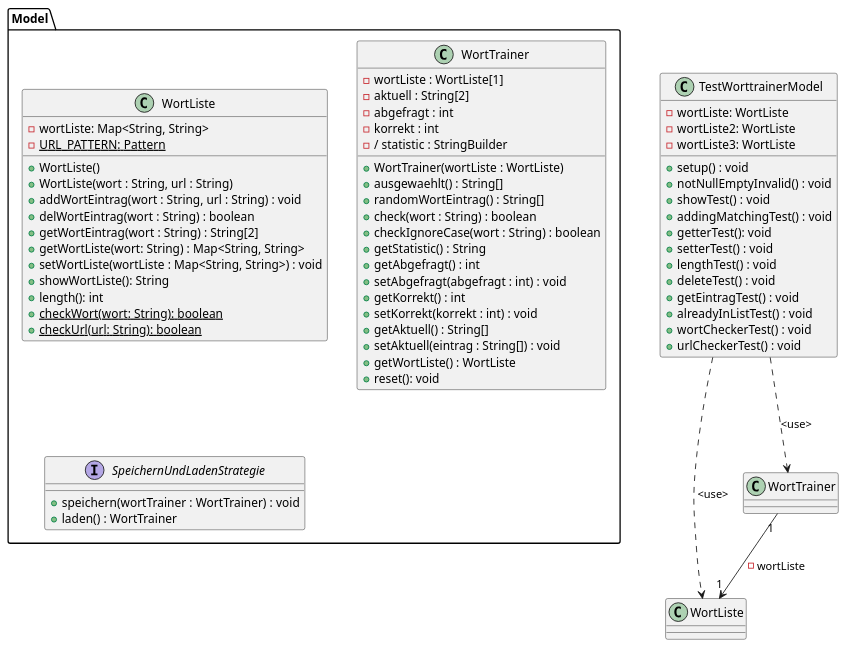
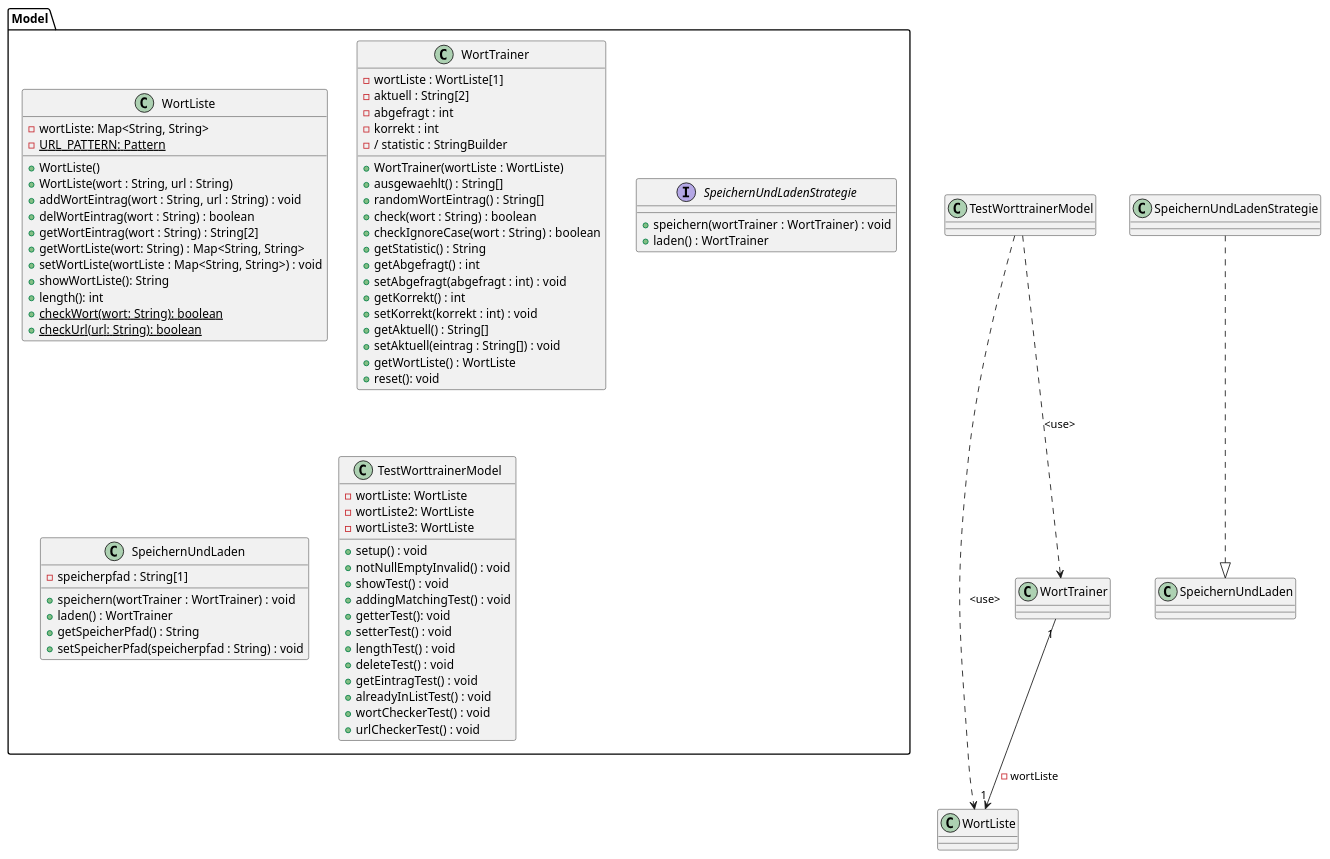
One commit to TGM-HIT/sew9-2425-worttrainer-Batscho changed the diagram in build/resources/main/Worttrainer Reloaded.puml. Above: the diagram before and after it, drawn with PlantUML. The commit also changed 23 other files, not shown here.

Commit message:
[GK] Worttrainer Reloaded Commit 43: Es wurde auf einen nötigen Standardkonstruktor vorerst verzichtet, und nun im UML nachgeholt.

```diff
--- a/build/resources/main/Worttrainer Reloaded.puml
+++ b/build/resources/main/Worttrainer Reloaded.puml
@@ -1,72 +1,79 @@
 @startuml
 'https://plantuml.com/class-diagram
 
 TestWorttrainerModel ..> WortListe : <use>
 TestWorttrainerModel ..> WortTrainer : <use>
 WortTrainer "1" --> "1" WortListe : - wortListe
-
+SpeichernUndLadenStrategie ..|> SpeichernUndLaden
 package Model {
 class WortListe {
 - wortListe: Map<String, String>
 - {static} URL_PATTERN: Pattern
 + WortListe()
 + WortListe(wort : String, url : String)
 + addWortEintrag(wort : String, url : String) : void
 + delWortEintrag(wort : String) : boolean
 + getWortEintrag(wort : String) : String[2]
 + getWortListe(wort: String) : Map<String, String>
 + setWortListe(wortListe : Map<String, String>) : void
 + showWortListe(): String
 + length(): int
 + {static} checkWort(wort: String): boolean
 + {static} checkUrl(url: String): boolean
 }
 
 class WortTrainer {
 - wortListe : WortListe[1]
 - aktuell : String[2]
 - abgefragt : int
 - korrekt : int
 - / statistic : StringBuilder
 + WortTrainer(wortListe : WortListe)
 + ausgewaehlt() : String[]
 + randomWortEintrag() : String[]
 + check(wort : String) : boolean
 + checkIgnoreCase(wort : String) : boolean
 + getStatistic() : String
 + getAbgefragt() : int
 + setAbgefragt(abgefragt : int) : void
 + getKorrekt() : int
 + setKorrekt(korrekt : int) : void
 + getAktuell() : String[]
 + setAktuell(eintrag : String[]) : void
 + getWortListe() : WortListe
 + reset(): void
 }
 
 interface SpeichernUndLadenStrategie {
 + speichern(wortTrainer : WortTrainer) : void
 + laden() : WortTrainer
 }
+
+class SpeichernUndLaden {
+- speicherpfad : String[1]
++ speichern(wortTrainer : WortTrainer) : void
++ laden() : WortTrainer
++ getSpeicherPfad() : String
++ setSpeicherPfad(speicherpfad : String) : void
 }
 
 
 class TestWorttrainerModel {
 - wortListe: WortListe
 - wortListe2: WortListe
 - wortListe3: WortListe
 + setup() : void
 + notNullEmptyInvalid() : void
 + showTest() : void
 + addingMatchingTest() : void
 + getterTest(): void
 + setterTest() : void
 + lengthTest() : void
 + deleteTest() : void
 + getEintragTest() : void
 + alreadyInListTest() : void
 + wortCheckerTest() : void
 + urlCheckerTest() : void
 }
 
 @enduml
```
